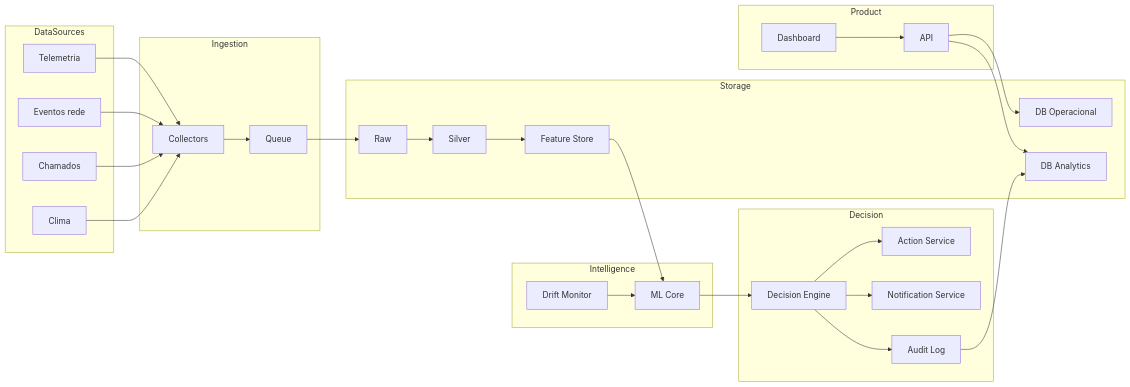
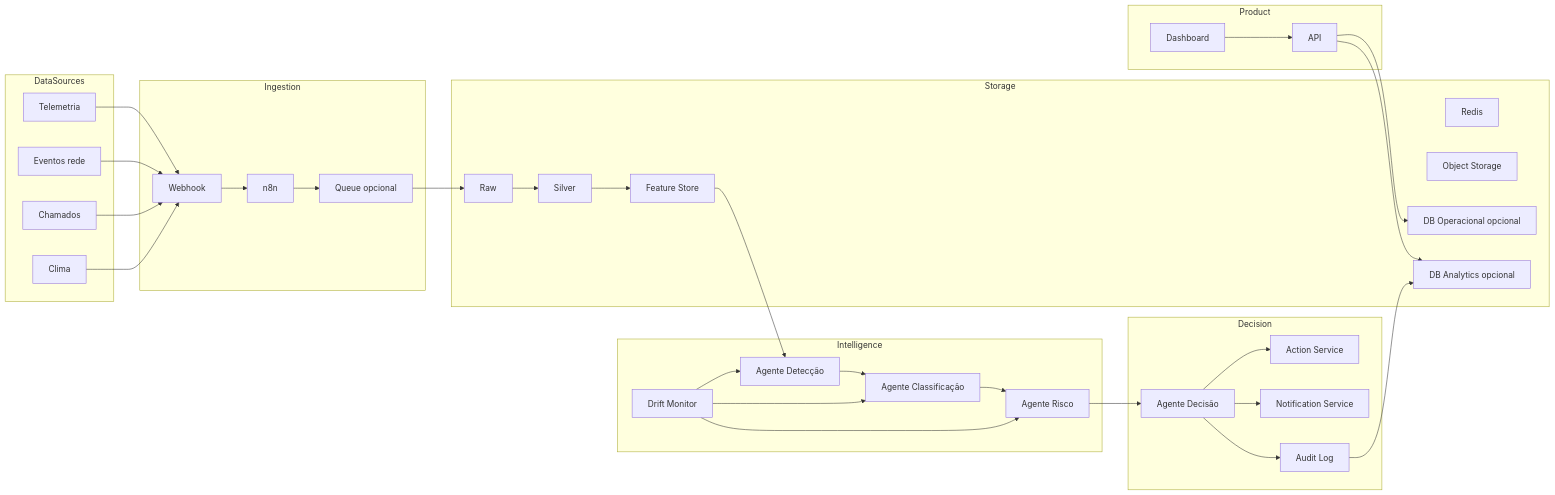
The fifth of 5 diagrams in README.md (murylomarques/AI_Network_Guardian), drawn with Mermaid before and after one commit. The commit also changed other lines of this file, not shown here.

````diff
--- a/README.md
+++ b/README.md
@@ -222,58 +233,68 @@
 ```mermaid
 flowchart LR
   subgraph DataSources
     S1[Telemetria]
     S2[Eventos rede]
     S3[Chamados]
     S4[Clima]
   end
 
   subgraph Ingestion
-    C1[Collectors]
-    Q1[Queue]
+    W1[Webhook]
+    N1[n8n]
+    Q1[Queue opcional]
   end
 
   subgraph Storage
     R[Raw]
     SI[Silver]
     FS[Feature Store]
-    DB1[DB Operacional]
-    DB2[DB Analytics]
+    RS[Redis]
+    ST[Object Storage]
+    DB1[DB Operacional opcional]
+    DB2[DB Analytics opcional]
   end
 
   subgraph Intelligence
-    ML[ML Core]
+    AD[Agente Detecção]
+    AC[Agente Classificação]
+    AR[Agente Risco]
     DR[Drift Monitor]
   end
 
   subgraph Decision
-    DE[Decision Engine]
+    DE[Agente Decisão]
     AS[Action Service]
     NS[Notification Service]
     AL[Audit Log]
   end
 
   subgraph Product
     API[API]
     UI[Dashboard]
   end
 
-  S1 --> C1
-  S2 --> C1
-  S3 --> C1
-  S4 --> C1
-  C1 --> Q1
+  S1 --> W1
+  S2 --> W1
+  S3 --> W1
+  S4 --> W1
+  W1 --> N1
+  N1 --> Q1
   Q1 --> R
   R --> SI
   SI --> FS
-  FS --> ML
-  ML --> DE
+  FS --> AD
+  AD --> AC
+  AC --> AR
+  AR --> DE
   DE --> AS
   DE --> NS
   DE --> AL
   API --> DB1
   API --> DB2
   UI --> API
   AL --> DB2
-  DR --> ML
+  DR --> AD
+  DR --> AC
+  DR --> AR
 ```
````
